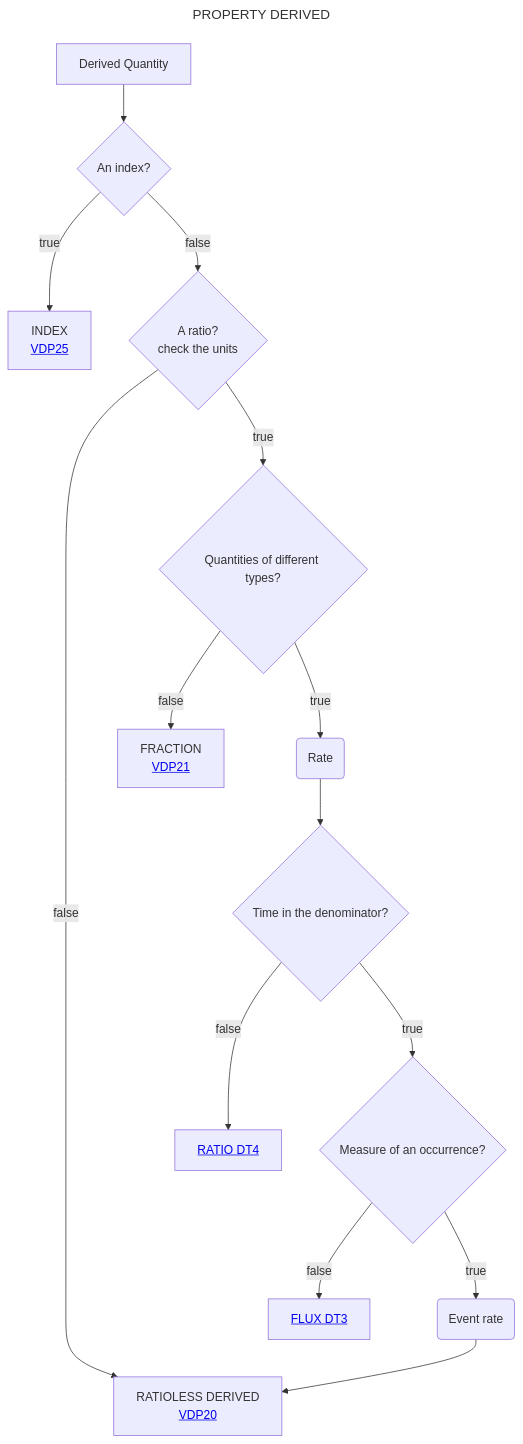
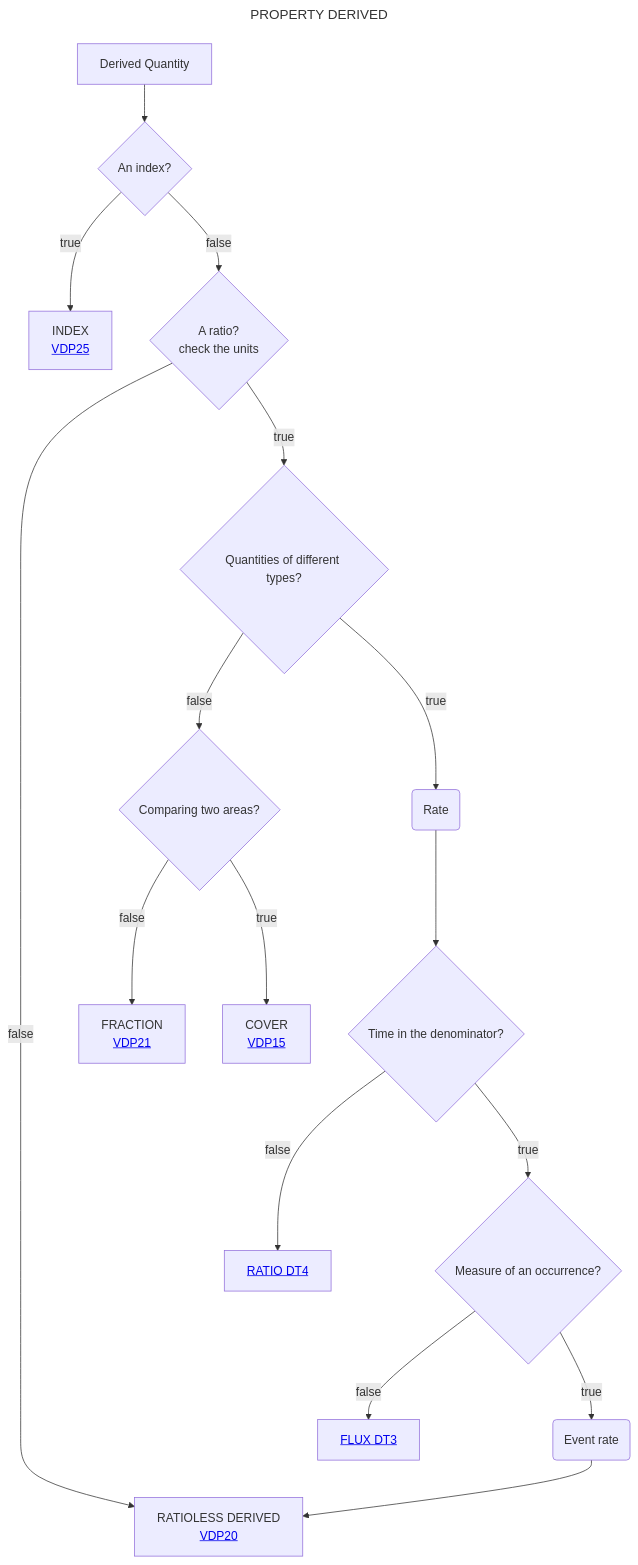
The diagram in Decisition_trees/DT2.mmd (mabablue/I-ADOPT-patterns-playground), drawn with Mermaid before and after one commit.

```diff
--- a/Decisition_trees/DT2.mmd
+++ b/Decisition_trees/DT2.mmd
@@ -1,17 +1,19 @@
 ---
 title: PROPERTY DERIVED
 ---
 flowchart TD
     A[Derived Quantity] --> AB{An index?}
     AB --> |true|ABC[INDEX <br> <a href='https://github.com/mabablue/I-ADOPT-patterns-playground/blob/main/pattern/VDP25.yaml'>VDP25</a>]
     AB --> |false|B{A ratio?<br>check the units} 
     B --> |true|C{Quantities of different types?} 
     B --> |false|I[RATIOLESS DERIVED <br> <a href='https://github.com/mabablue/I-ADOPT-patterns-playground/blob/main/pattern/VDP28.yaml'>VDP20</a>]
     C --> |true|MN(Rate) 
     MN --> N{Time in the denominator?}
-    C --> |false|D[FRACTION <br> <a href='https://github.com/mabablue/I-ADOPT-patterns-playground/blob/main/pattern/VDP21.yaml'>VDP21</a>]
+    C --> |false|CD{Comparing two areas?}
+    CD --> |false|D[FRACTION <br> <a href='https://github.com/mabablue/I-ADOPT-patterns-playground/blob/main/pattern/VDP21.yaml'>VDP21</a>]
+    CD --> |true|F[COVER <br> <a href='https://github.com/mabablue/I-ADOPT-patterns-playground/blob/main/pattern/VDP15.yaml'>VDP15</a>]
     N --> |true|E{Measure of an occurrence?}
     N --> |false|O[<a href='https://github.com/mabablue/I-ADOPT-patterns-playground/blob/main/Decisition_trees/DT4.mmd'>RATIO DT4</a>]
     E --> |true|L(Event rate)
     E --> |false|K[<a href='https://github.com/mabablue/I-ADOPT-patterns-playground/blob/main/Decisition_trees/DT3.mmd'>FLUX DT3</a>]
     L --> I
```
